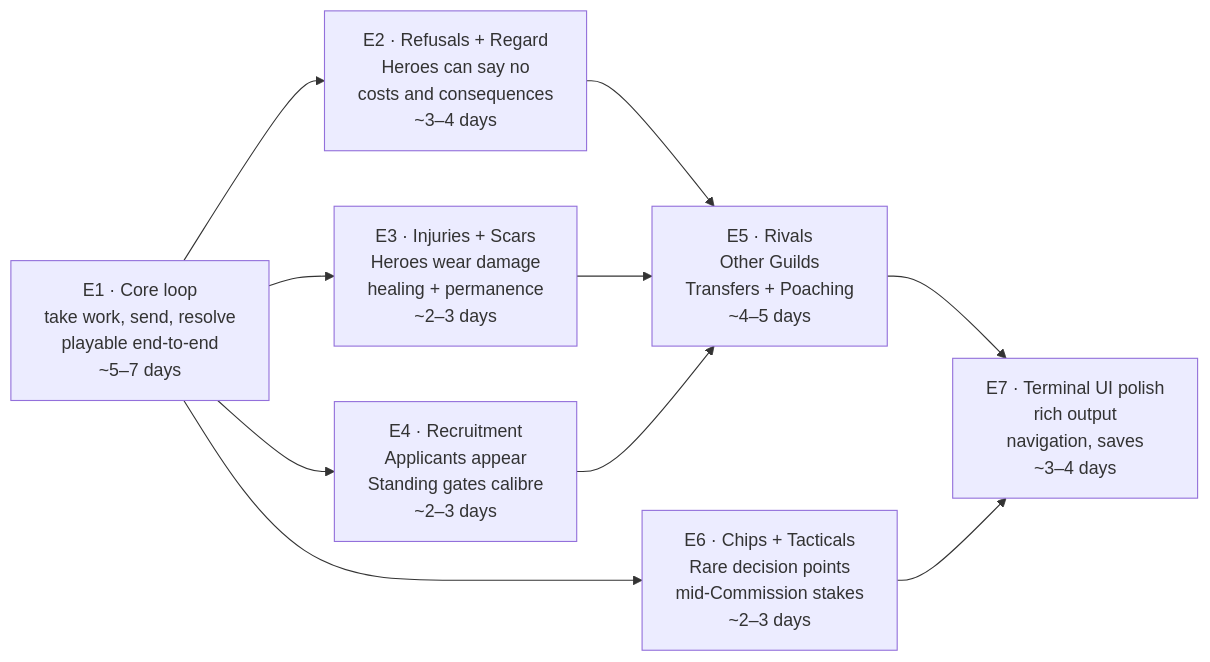
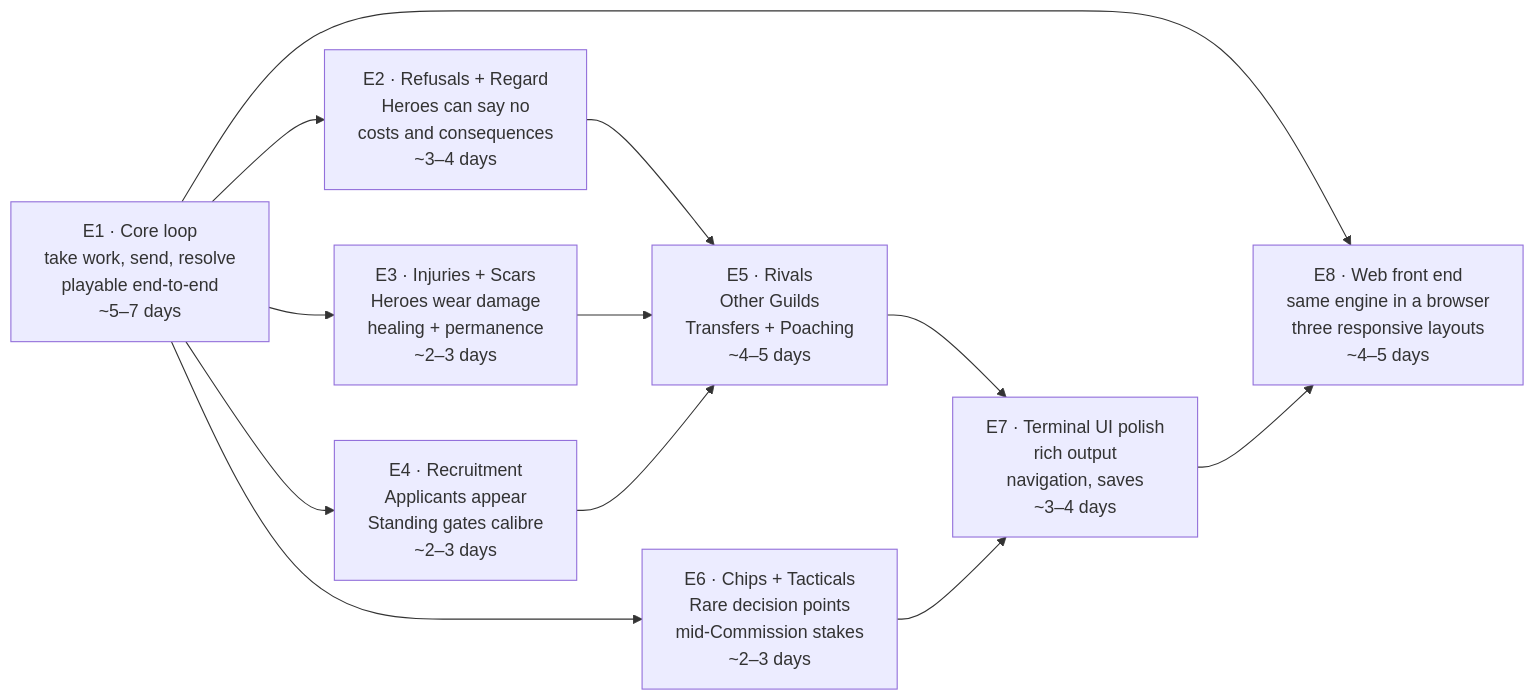
One commit to talonegg/heroesim changed the diagram in docs/planning/epics/README.md. Above: the diagram before and after it, drawn with Mermaid. The commit also changed other lines of this file and 23 other files, not shown here.

````diff
--- a/docs/planning/epics/README.md
+++ b/docs/planning/epics/README.md
@@ -17,12 +17,14 @@
 ```mermaid
 graph LR
     E1["E1 · Core loop<br/>take work, send, resolve<br/>playable end-to-end<br/>~5–7 days"] --> E2["E2 · Refusals + Regard<br/>Heroes can say no<br/>costs and consequences<br/>~3–4 days"]
     E1 --> E3["E3 · Injuries + Scars<br/>Heroes wear damage<br/>healing + permanence<br/>~2–3 days"]
     E1 --> E4["E4 · Recruitment<br/>Applicants appear<br/>Standing gates calibre<br/>~2–3 days"]
     E2 --> E5["E5 · Rivals<br/>Other Guilds<br/>Transfers + Poaching<br/>~4–5 days"]
     E3 --> E5
     E4 --> E5
     E1 --> E6["E6 · Chips + Tacticals<br/>Rare decision points<br/>mid-Commission stakes<br/>~2–3 days"]
     E5 --> E7["E7 · Terminal UI polish<br/>rich output<br/>navigation, saves<br/>~3–4 days"]
     E6 --> E7
+    E1 --> E8["E8 · Web front end<br/>same engine in a browser<br/>three responsive layouts<br/>~4–5 days"]
+    E7 --> E8
 ```
````
